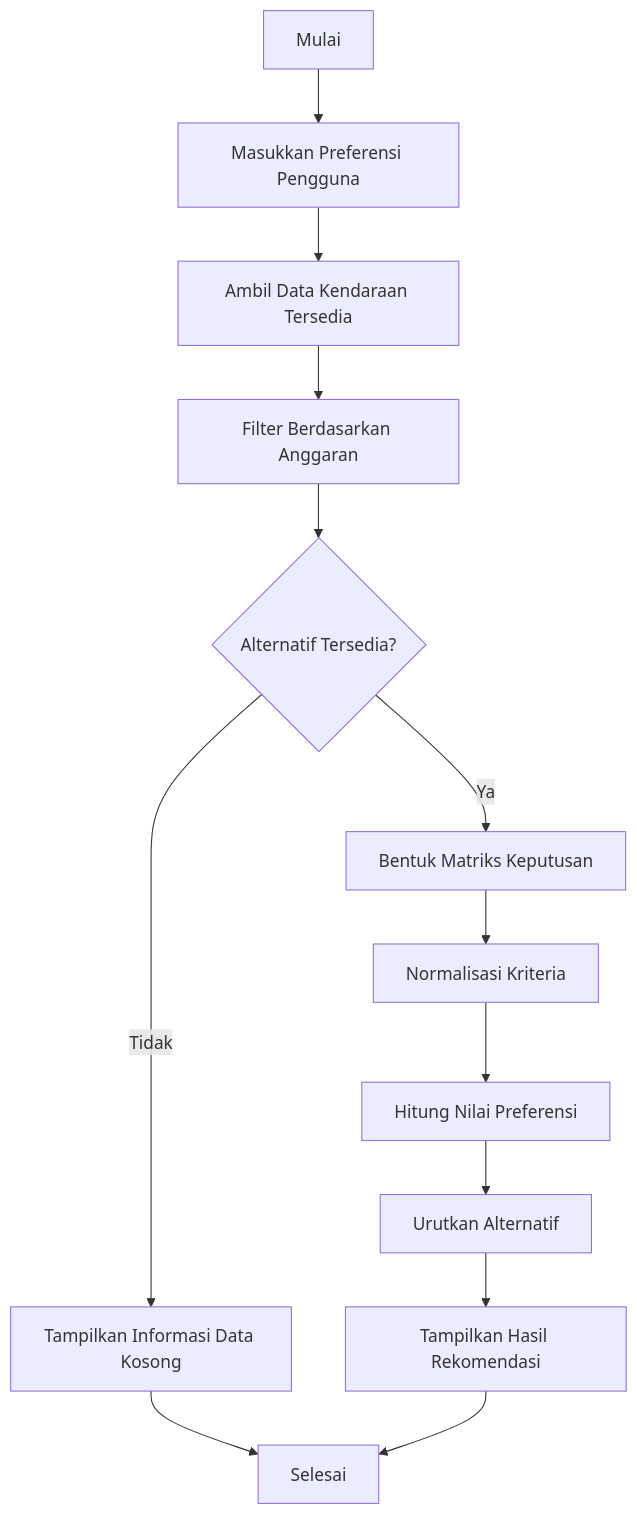
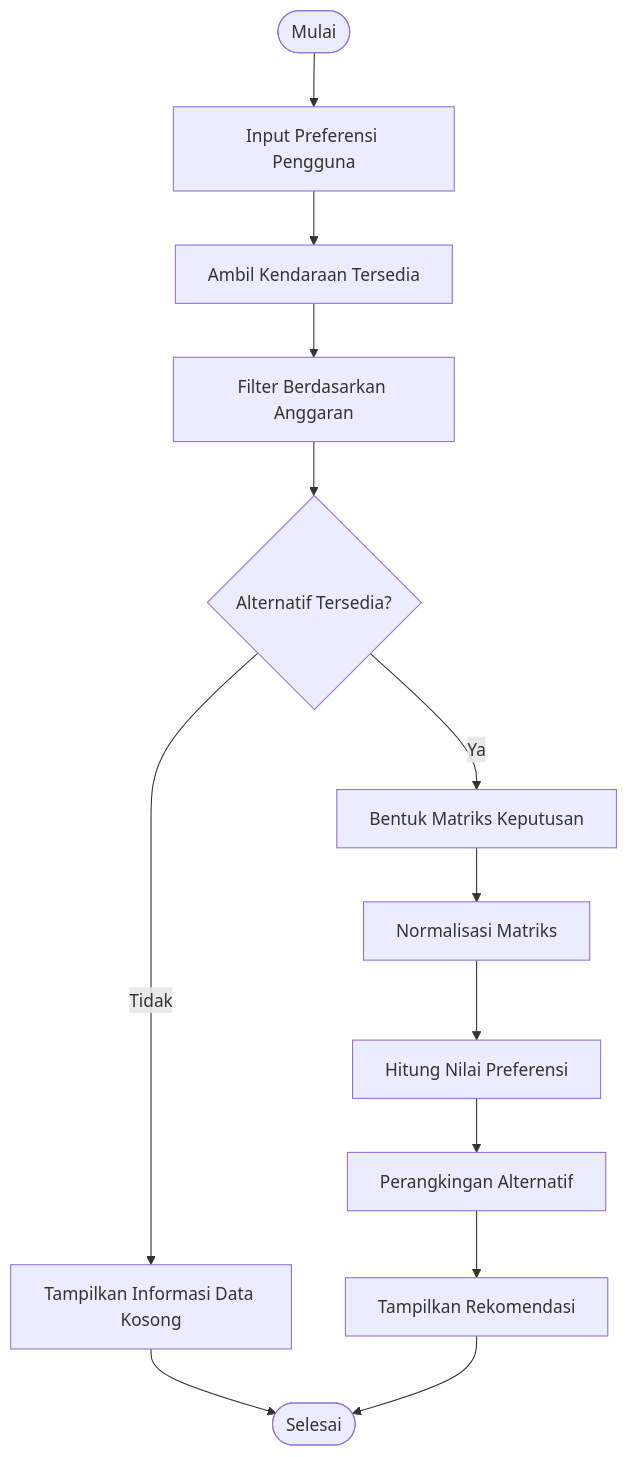
The second of 5 diagrams in README.md (ermilaamanda102/autodrive), drawn with Mermaid before and after one commit. The commit also changed other lines of this file, not shown here.

````diff
--- a/README.md
+++ b/README.md
@@ -242,15 +441,19 @@
 ```mermaid
 flowchart TD
-    A[Mulai] --> B[Masukkan Preferensi Pengguna]
-    B --> C[Ambil Data Kendaraan Tersedia]
+    A([Mulai])
+    A --> B[Input Preferensi Pengguna]
+    B --> C[Ambil Kendaraan Tersedia]
     C --> D[Filter Berdasarkan Anggaran]
     D --> E{Alternatif Tersedia?}
+
     E -- Tidak --> F[Tampilkan Informasi Data Kosong]
     E -- Ya --> G[Bentuk Matriks Keputusan]
-    G --> H[Normalisasi Kriteria]
+
+    G --> H[Normalisasi Matriks]
     H --> I[Hitung Nilai Preferensi]
-    I --> J[Urutkan Alternatif]
-    J --> K[Tampilkan Hasil Rekomendasi]
-    F --> L[Selesai]
+    I --> J[Perangkingan Alternatif]
+    J --> K[Tampilkan Rekomendasi]
+
+    F --> L([Selesai])
     K --> L
 ```
````
